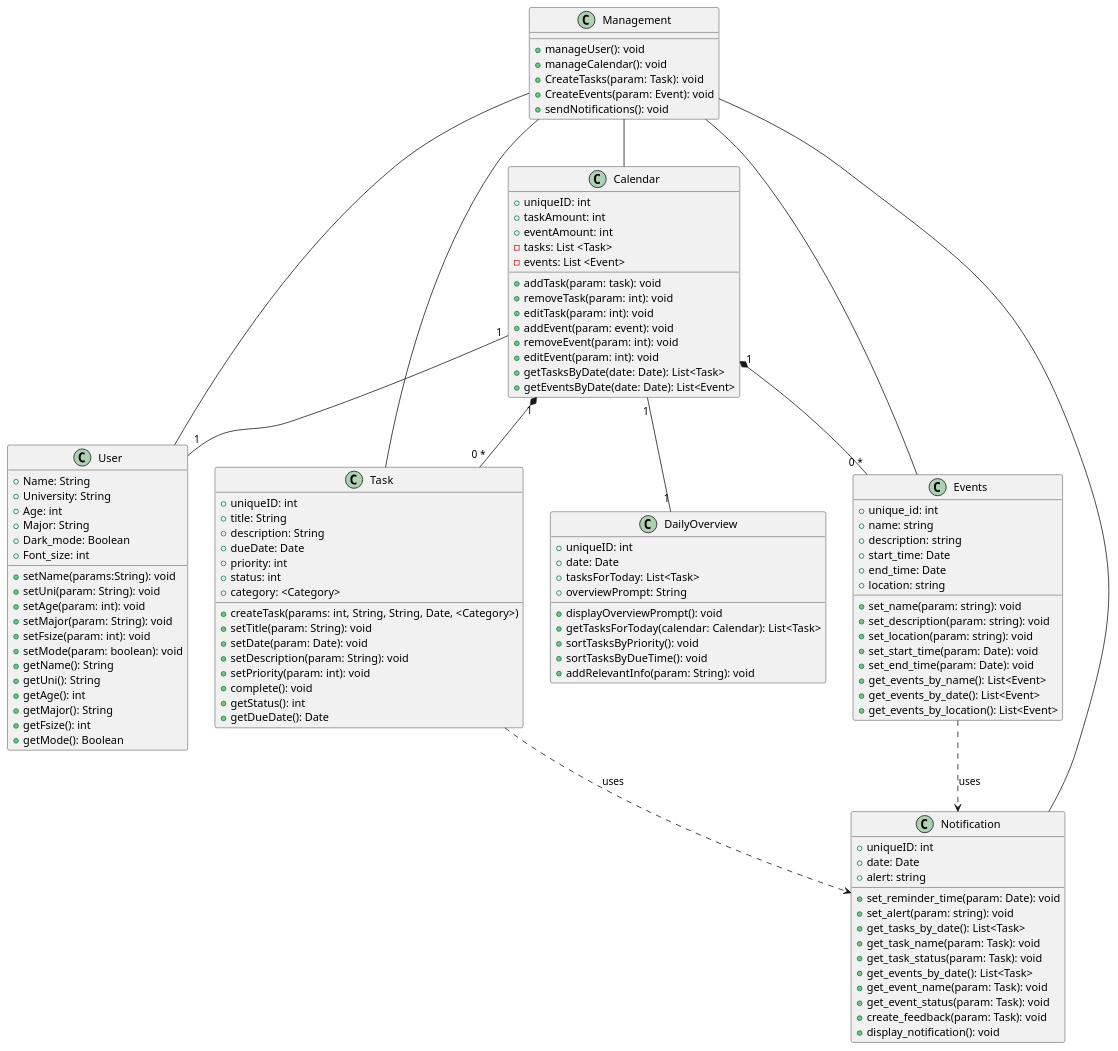
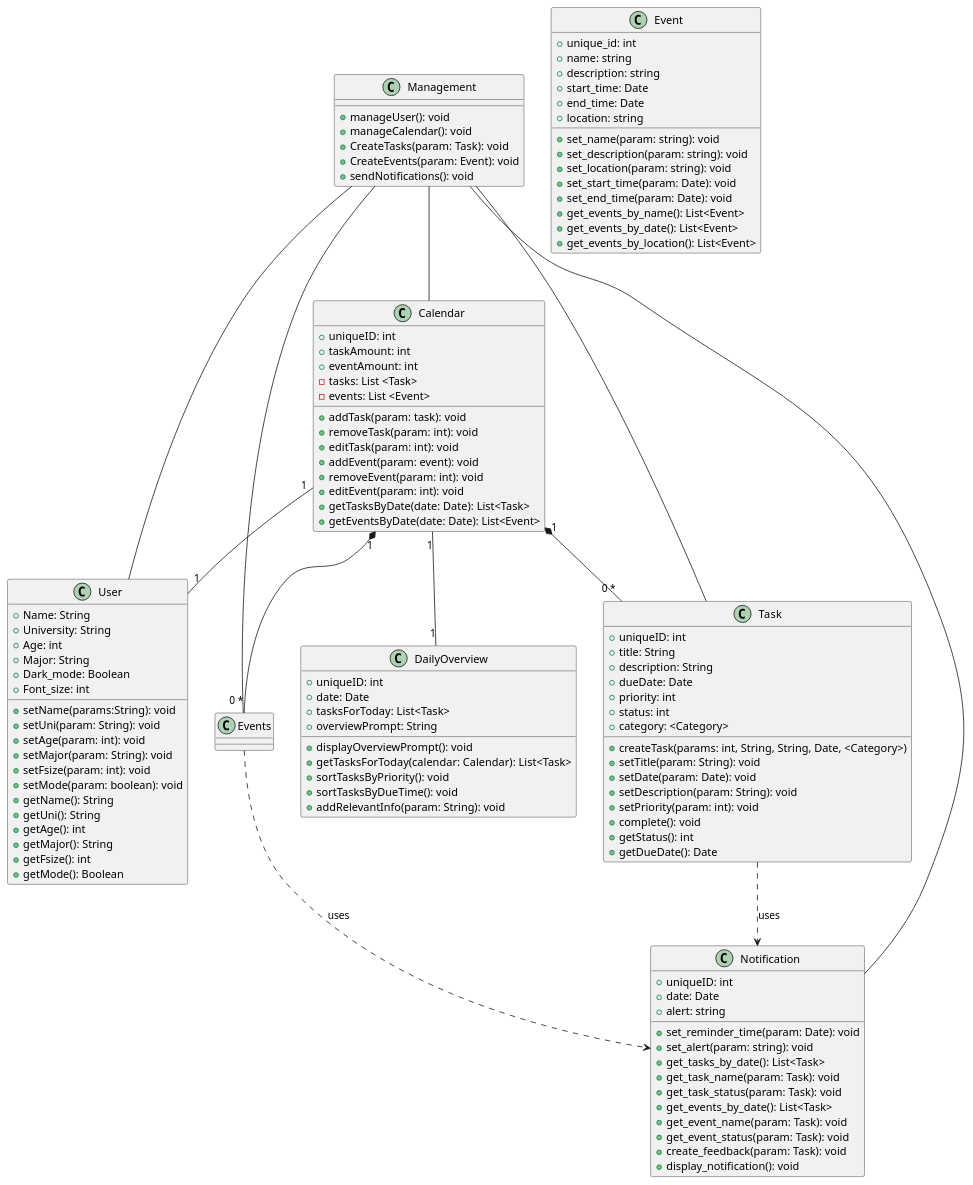
Before and after one commit to CS361-2024Fall-Term/Innovators: the diagram in assignment6/Diagram.puml, drawn with PlantUML. The commit also changed 2 other files, not shown here.

Commit message:
change in Events and Tasks

```diff
--- a/assignment6/Diagram.puml
+++ b/assignment6/Diagram.puml
@@ -1,128 +1,128 @@
 @startuml
 
 class User {
   +Name: String
   +University: String
   +Age: int
   +Major: String
   +Dark_mode: Boolean
   +Font_size: int
   +setName(params:String): void
   +setUni(param: String): void
   +setAge(param: int): void
   +setMajor(param: String): void
   +setFsize(param: int): void
   +setMode(param: boolean): void
   +getName(): String
   +getUni(): String
   +getAge(): int
   +getMajor(): String
   +getFsize(): int
   +getMode(): Boolean
  
 }
 
 class Calendar{
   +uniqueID: int  
   +taskAmount: int
   +eventAmount: int
   -tasks: List <Task>
   -events: List <Event>
   +addTask(param: task): void
   +removeTask(param: int): void
   +editTask(param: int): void
   +addEvent(param: event): void
   +removeEvent(param: int): void
   +editEvent(param: int): void
   +getTasksByDate(date: Date): List<Task>
   +getEventsByDate(date: Date): List<Event>
 }
 
 class Task {
   +uniqueID: int
   +title: String
   +description: String
   +dueDate: Date
   +priority: int
   +status: int
   +category: <Category>
   +createTask(params: int, String, String, Date, <Category>)
   +setTitle(param: String): void
   +setDate(param: Date): void
   +setDescription(param: String): void
   +setPriority(param: int): void
   +complete(): void
   +getStatus(): int
   +getDueDate(): Date
 }
 
 class Notification {
   +uniqueID: int  
   +date: Date
   +alert: string
   
   +set_reminder_time(param: Date): void
   +set_alert(param: string): void
   +get_tasks_by_date(): List<Task>
   +get_task_name(param: Task): void
   +get_task_status(param: Task): void
   +get_events_by_date(): List<Task>
   +get_event_name(param: Task): void
   +get_event_status(param: Task): void
   +create_feedback(param: Task): void
   +display_notification(): void
 }
 
-class Events {
+class Event {
   +unique_id: int  
   +name: string
   +description: string
   +start_time: Date
   +end_time: Date
   +location: string
   +set_name(param: string): void
   +set_description(param: string): void
   +set_location(param: string): void
   +set_start_time(param: Date): void
   +set_end_time(param: Date): void
   +get_events_by_name(): List<Event>
   +get_events_by_date(): List<Event>
   +get_events_by_location(): List<Event>
 }
 
 class DailyOverview {
     +uniqueID: int
     +date: Date
     +tasksForToday: List<Task>
     +overviewPrompt: String
 
     +displayOverviewPrompt(): void
     +getTasksForToday(calendar: Calendar): List<Task>
     +sortTasksByPriority(): void
     +sortTasksByDueTime(): void
     +addRelevantInfo(param: String): void
 }
 
 class Management {
   +manageUser(): void
   +manageCalendar(): void
   +CreateTasks(param: Task): void
   +CreateEvents(param: Event): void
   +sendNotifications(): void
 }
 
 Management -- User
 Management -- Calendar
 Management -- Task
 Management -- Events
 Management -- Notification
 
 Calendar "1" -- "1" User
 Calendar "1" *-- "0 *" Task
 Calendar "1" *-- "0 *" Events
 Task ..> Notification: uses
 Events ..> Notification: uses
 Calendar "1" -- "1" DailyOverview
 
 
 @enduml
```
